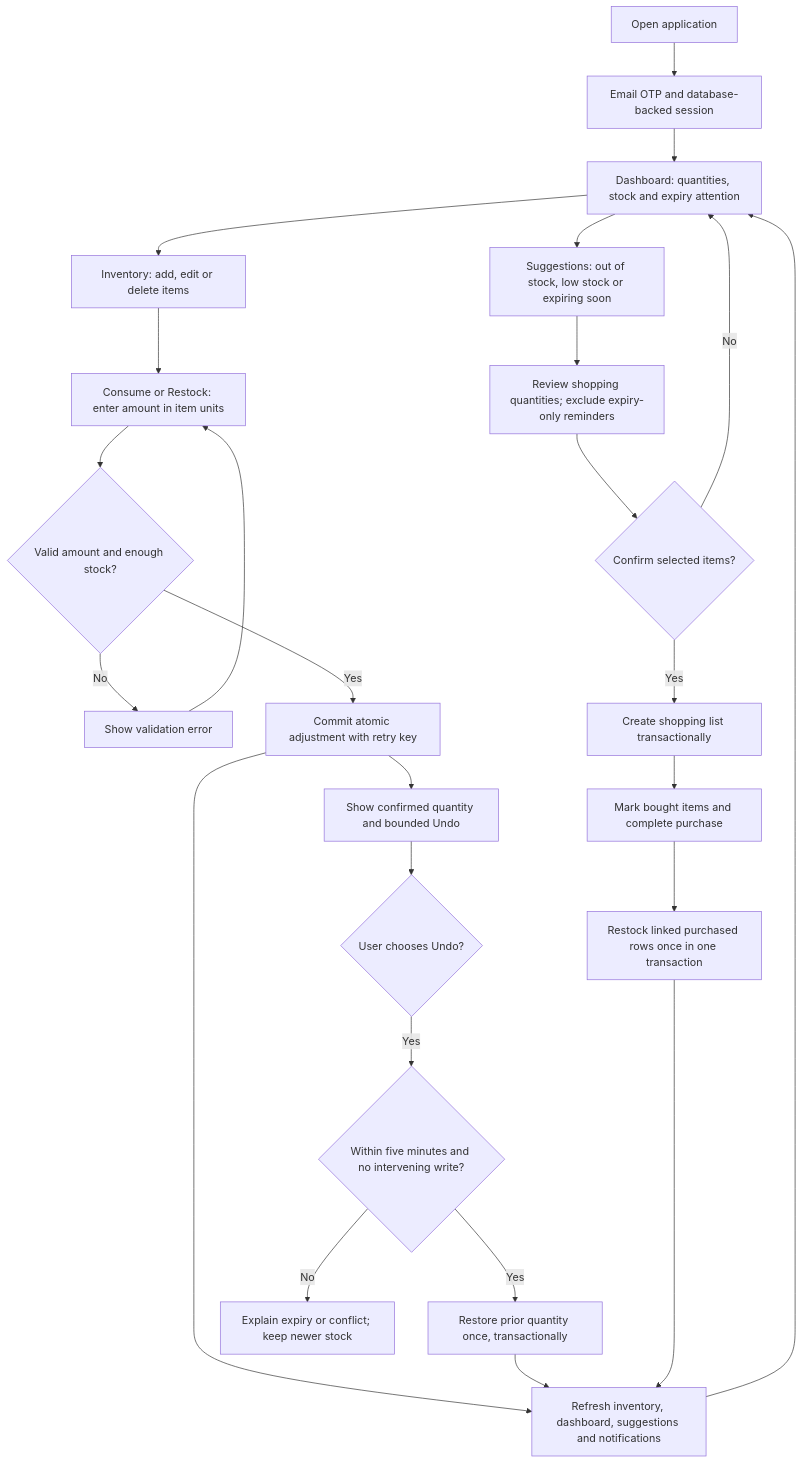
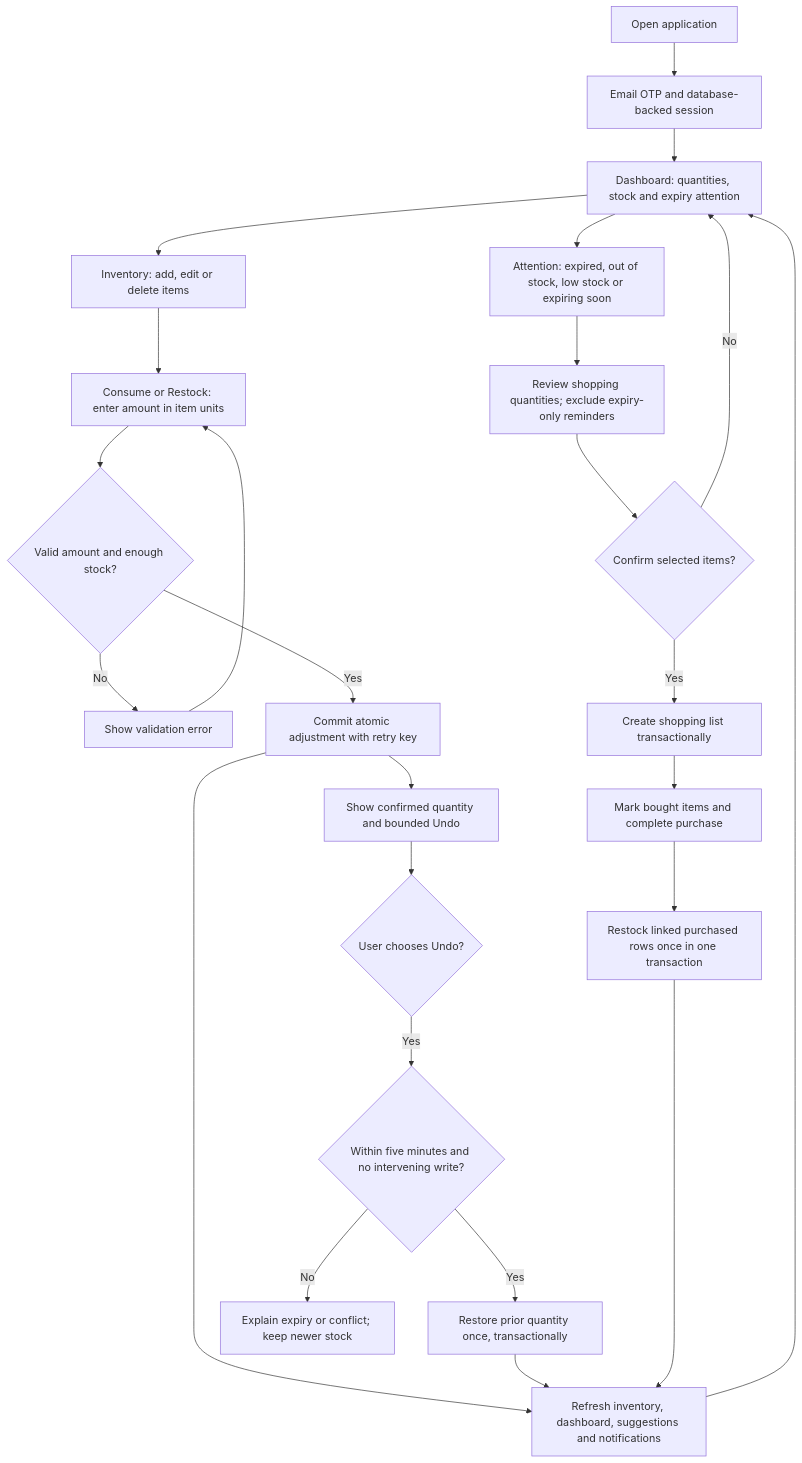
The second of 3 diagrams in docs/ARCHITECTURE.md (chankiahuja/Grocery-Suggestor), drawn with Mermaid before and after one commit. The commit also changed other lines of this file and 21 other files, not shown here.

Commit message:
Surface expired inventory in alerts and dashboard (GS-113)

````diff
--- a/docs/ARCHITECTURE.md
+++ b/docs/ARCHITECTURE.md
@@ -57,29 +57,29 @@
 ```mermaid
 flowchart TD
     Open["Open application"] --> Login["Email OTP and database-backed session"]
     Login --> Dashboard["Dashboard: quantities, stock and expiry attention"]
     Dashboard --> Inventory["Inventory: add, edit or delete items"]
     Inventory --> Adjust["Consume or Restock: enter amount in item units"]
     Adjust --> Validate{"Valid amount and enough stock?"}
     Validate -->|No| Error["Show validation error"]
     Error --> Adjust
     Validate -->|Yes| Commit["Commit atomic adjustment with retry key"]
     Commit --> Feedback["Show confirmed quantity and bounded Undo"]
     Feedback --> Undo{"User chooses Undo?"}
     Undo -->|Yes| Eligible{"Within five minutes and no intervening write?"}
     Eligible -->|Yes| Restore["Restore prior quantity once, transactionally"]
     Eligible -->|No| Rejected["Explain expiry or conflict; keep newer stock"]
 
-    Dashboard --> Suggestions["Suggestions: out of stock, low stock or expiring soon"]
+    Dashboard --> Suggestions["Attention: expired, out of stock, low stock or expiring soon"]
     Suggestions --> Review["Review shopping quantities; exclude expiry-only reminders"]
     Review --> Confirm{"Confirm selected items?"}
     Confirm -->|No| Dashboard
     Confirm -->|Yes| List["Create shopping list transactionally"]
     List --> Purchased["Mark bought items and complete purchase"]
     Purchased --> Restock["Restock linked purchased rows once in one transaction"]
 
     Commit --> Refresh["Refresh inventory, dashboard, suggestions and notifications"]
     Restore --> Refresh
     Restock --> Refresh
     Refresh --> Dashboard
 ```
````
